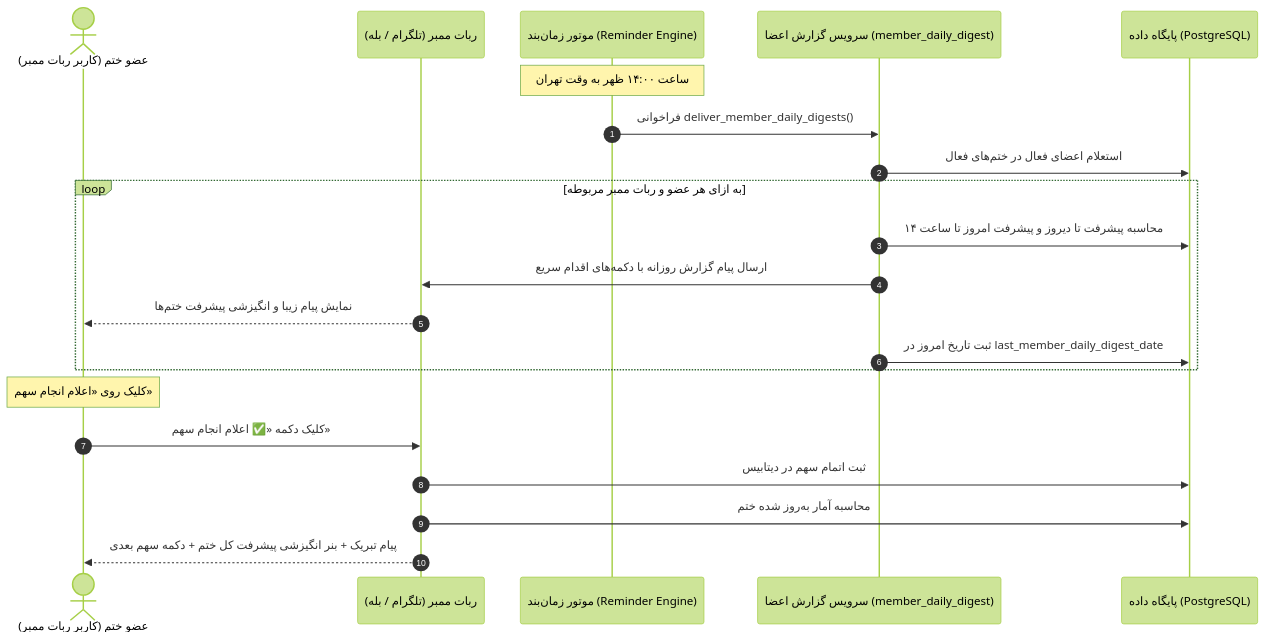
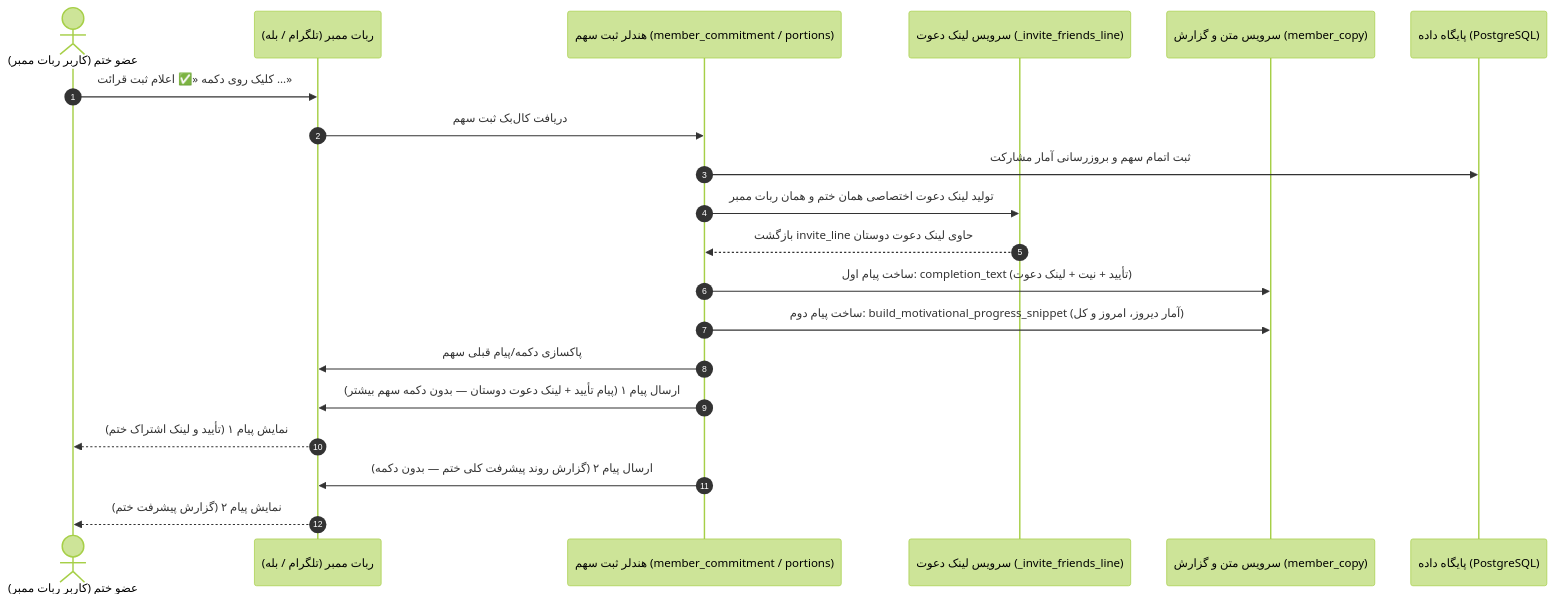
One commit to elyas5203/KhatmSaz- changed the diagram in docs/ai/masters/MASTER_07_MEMBER_DAILY_DIGEST_AND_MOTIVATIONAL_PROGRESS.md. Above: the diagram before and after it, drawn with Mermaid (forest theme). The commit also changed other lines of this file and 7 other files, not shown here.

Commit message:
feat(member): separate confirmation (with invite link) and progress report messages, remove extra button and 14:00 broadcast (DEC-PY-0120)

````diff
--- a/docs/ai/masters/MASTER_07_MEMBER_DAILY_DIGEST_AND_MOTIVATIONAL_PROGRESS.md
+++ b/docs/ai/masters/MASTER_07_MEMBER_DAILY_DIGEST_AND_MOTIVATIONAL_PROGRESS.md
@@ -60,25 +66,23 @@
 ```mermaid
 sequenceDiagram
     autonumber
     actor Member as عضو ختم (کاربر ربات ممبر)
     participant MemberBot as ربات ممبر (تلگرام / بله)
-    participant Scheduler as موتور زمان‌بند (Reminder Engine)
-    participant DigestSvc as سرویس گزارش اعضا (member_daily_digest)
+    participant Handler as هندلر ثبت سهم (member_commitment / portions)
+    participant InviteSvc as سرویس لینک دعوت (_invite_friends_line)
+    participant CopySvc as سرویس متن و گزارش (member_copy)
     participant DB as پایگاه داده (PostgreSQL)
 
-    Note over Scheduler: ساعت ۱۴:۰۰ ظهر به وقت تهران
-    Scheduler->>DigestSvc: فراخوانی deliver_member_daily_digests()
-    DigestSvc->>DB: استعلام اعضای فعال در ختم‌های فعال
-    loop به ازای هر عضو و ربات ممبر مربوطه
-        DigestSvc->>DB: محاسبه پیشرفت تا دیروز و پیشرفت امروز تا ساعت ۱۴
-        DigestSvc->>MemberBot: ارسال پیام گزارش روزانه با دکمه‌های اقدام سریع
-        MemberBot-->>Member: نمایش پیام زیبا و انگیزشی پیشرفت ختم‌ها
-        DigestSvc->>DB: ثبت تاریخ امروز در last_member_daily_digest_date
-    end
-
-    Note over Member: کلیک روی «اعلام انجام سهم»
-    Member->>MemberBot: کلیک دکمه «✅ اعلام انجام سهم»
-    MemberBot->>DB: ثبت اتمام سهم در دیتابیس
-    MemberBot->>DB: محاسبه آمار به‌روز شده ختم
-    MemberBot-->>Member: پیام تبریک + بنر انگیزشی پیشرفت کل ختم + دکمه سهم بعدی
+    Member->>MemberBot: کلیک روی دکمه «✅ اعلام ثبت قرائت ...»
+    MemberBot->>Handler: دریافت کال‌بک ثبت سهم
+    Handler->>DB: ثبت اتمام سهم و بروزرسانی آمار مشارکت
+    Handler->>InviteSvc: تولید لینک دعوت اختصاصی همان ختم و همان ربات ممبر
+    InviteSvc-->>Handler: بازگشت invite_line حاوی لینک دعوت دوستان
+    Handler->>CopySvc: ساخت پیام اول: completion_text (تأیید + نیت + لینک دعوت)
+    Handler->>CopySvc: ساخت پیام دوم: build_motivational_progress_snippet (آمار دیروز، امروز و کل)
+    Handler->>MemberBot: پاکسازی دکمه/پیام قبلی سهم
+    Handler->>MemberBot: ارسال پیام ۱ (پیام تأیید + لینک دعوت دوستان — بدون دکمه سهم بیشتر)
+    MemberBot-->>Member: نمایش پیام ۱ (تأیید و لینک اشتراک ختم)
+    Handler->>MemberBot: ارسال پیام ۲ (گزارش روند پیشرفت کلی ختم — بدون دکمه)
+    MemberBot-->>Member: نمایش پیام ۲ (گزارش پیشرفت ختم)
 ```
````
